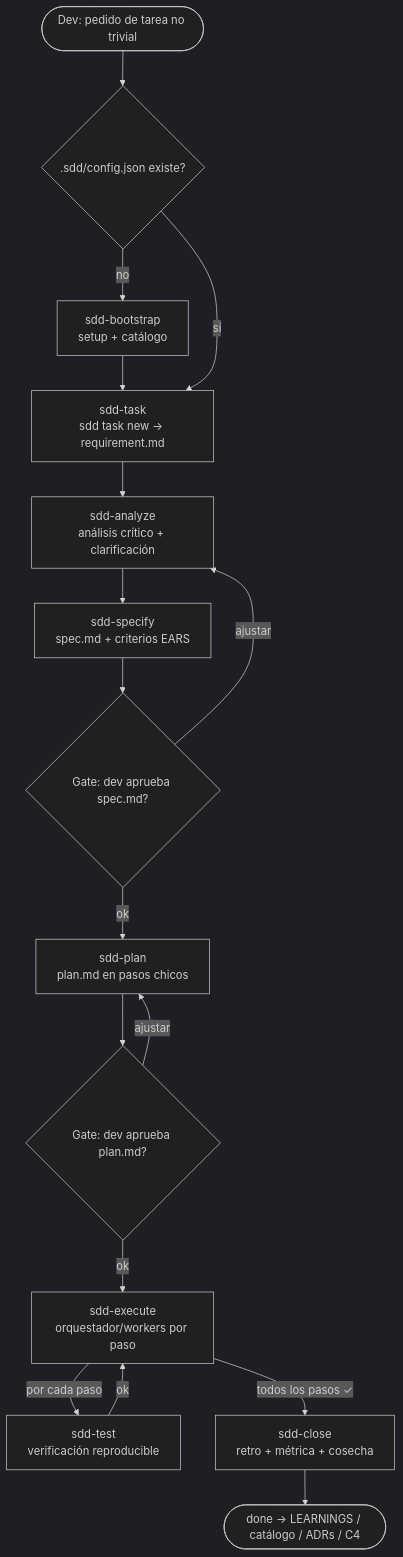
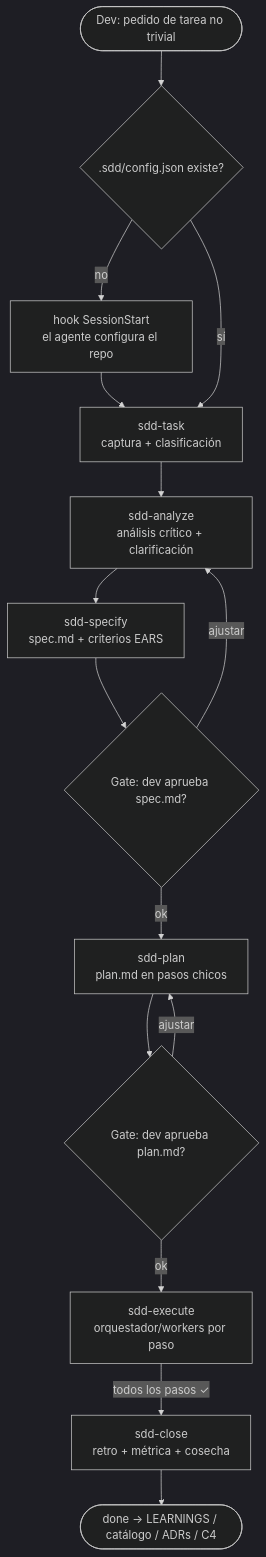
One commit to ezepaskana/sddkit changed the diagram in README.md. Above: the diagram before and after it, drawn with Mermaid (dark theme). The commit also changed other lines of this file and 180 other files, not shown here.

````diff
--- a/README.md
+++ b/README.md
@@ -141,21 +50,19 @@
 ```mermaid
 flowchart TD
-  start(["Dev: pedido de tarea no trivial"]) --> bootstrap{".sdd/config.json existe?"}
-  bootstrap -- no --> sb["sdd-bootstrap<br/>setup + catálogo"]
-  sb --> task
-  bootstrap -- sí --> task["sdd-task<br/>sdd task new → requirement.md"]
+  start(["Dev: pedido de tarea no trivial"]) --> boot{".sdd/config.json existe?"}
+  boot -- no --> hook["hook SessionStart<br/>el agente configura el repo"]
+  hook --> task
+  boot -- sí --> task["sdd-task<br/>captura + clasificación"]
 
   task --> analyze["sdd-analyze<br/>análisis crítico + clarificación"]
   analyze --> specify["sdd-specify<br/>spec.md + criterios EARS"]
   specify --> gateSpec{"Gate: dev aprueba spec.md?"}
   gateSpec -- ajustar --> analyze
   gateSpec -- ok --> plan["sdd-plan<br/>plan.md en pasos chicos"]
   plan --> gatePlan{"Gate: dev aprueba plan.md?"}
   gatePlan -- ajustar --> plan
   gatePlan -- ok --> execute["sdd-execute<br/>orquestador/workers por paso"]
 
-  execute -- "por cada paso" --> test["sdd-test<br/>verificación reproducible"]
-  test -- ok --> execute
   execute -- "todos los pasos ✓" --> close["sdd-close<br/>retro + métrica + cosecha"]
   close --> done(["done → LEARNINGS / catálogo / ADRs / C4"])
 ```
````
